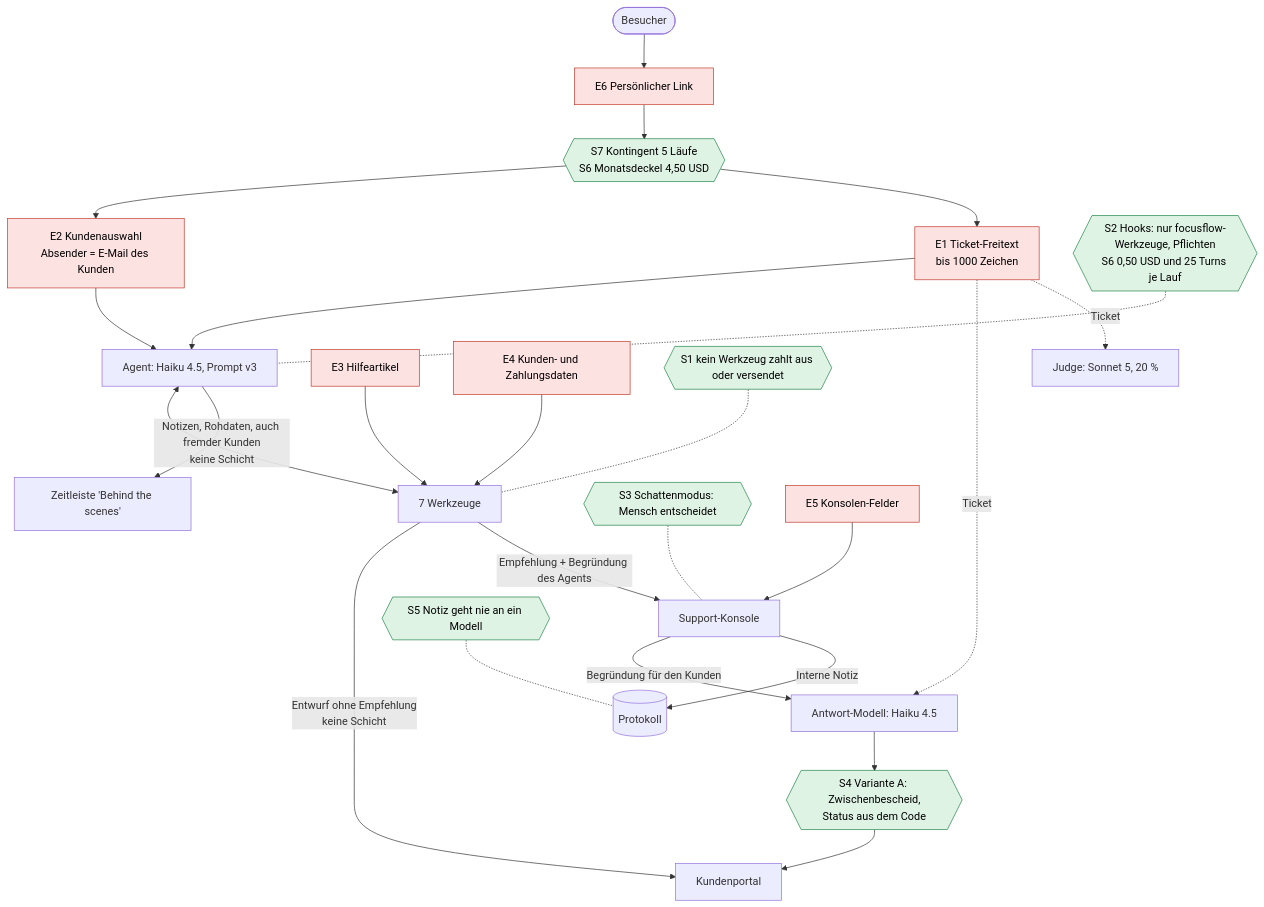
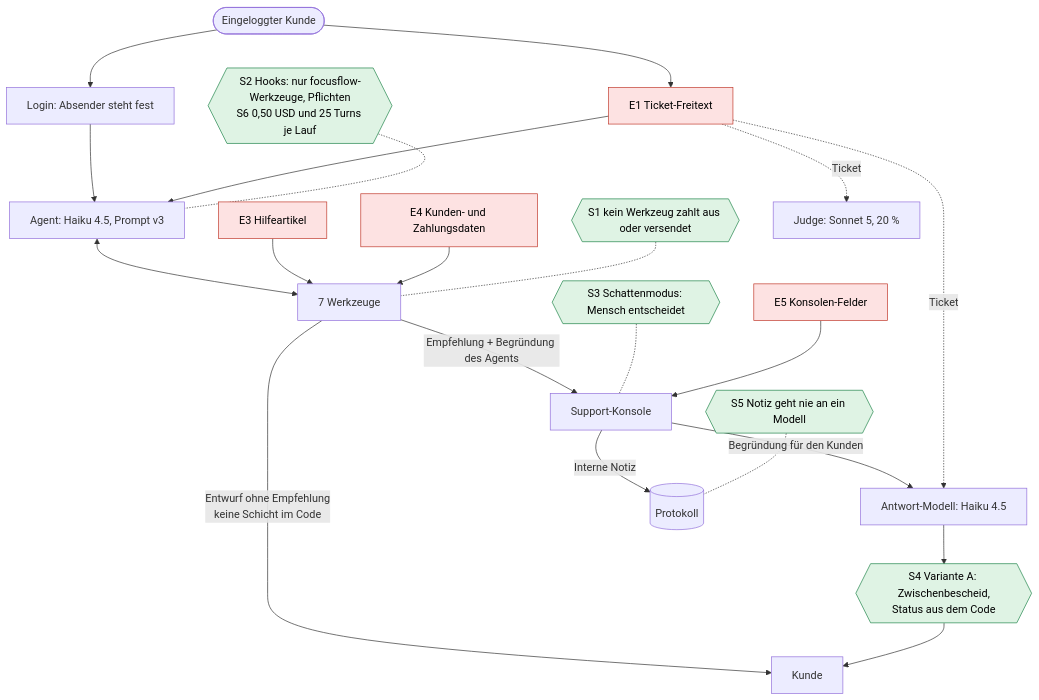
Before and after one commit to JulianStnDev/ai-uc-06-prompt-injection: the diagram in docs/BEDROHUNGSMODELL.md, drawn with Mermaid. The commit also changed other lines of this file and 6 other files, not shown here.

First line of the commit message:
Scope auf das echte Produkt, Wechsel zu Schutz im Code

````diff
--- a/docs/BEDROHUNGSMODELL.md
+++ b/docs/BEDROHUNGSMODELL.md
@@ -114,31 +106,28 @@
 ```mermaid
 flowchart TD
-  V([Besucher]) --> E6["E6 Persönlicher Link"]
-  E6 --> S7{{"S7 Kontingent 5 Läufe<br/>S6 Monatsdeckel 4,50 USD"}}
-  S7 --> E2["E2 Kundenauswahl<br/>Absender = E-Mail des Kunden"]
-  S7 --> E1["E1 Ticket-Freitext<br/>bis 1000 Zeichen"]
-  E2 --> A["Agent: Haiku 4.5, Prompt v3"]
+  K([Eingeloggter Kunde]) --> LG["Login: Absender steht fest"]
+  K --> E1["E1 Ticket-Freitext"]
+  LG --> A["Agent: Haiku 4.5, Prompt v3"]
   E1 --> A
   S2{{"S2 Hooks: nur focusflow-Werkzeuge, Pflichten<br/>S6 0,50 USD und 25 Turns je Lauf"}} -.- A
   A <--> W["7 Werkzeuge"]
   E3["E3 Hilfeartikel"] --> W
   E4["E4 Kunden- und Zahlungsdaten"] --> W
   S1{{"S1 kein Werkzeug zahlt aus oder versendet"}} -.- W
-  A -->|"Notizen, Rohdaten, auch fremder Kunden<br/>keine Schicht"| T["Zeitleiste 'Behind the scenes'"]
-  W -->|"Entwurf ohne Empfehlung<br/>keine Schicht"| P["Kundenportal"]
-  W -->|"Empfehlung + Begründung des Agents"| K["Support-Konsole"]
-  S3{{"S3 Schattenmodus: Mensch entscheidet"}} -.- K
-  E5["E5 Konsolen-Felder"] --> K
-  K -->|"Begründung für den Kunden"| L["Antwort-Modell: Haiku 4.5"]
-  K -->|"Interne Notiz"| DB[("Protokoll")]
+  W -->|"Entwurf ohne Empfehlung<br/>keine Schicht im Code"| P["Kunde"]
+  W -->|"Empfehlung + Begründung des Agents"| KO["Support-Konsole"]
+  S3{{"S3 Schattenmodus: Mensch entscheidet"}} -.- KO
+  E5["E5 Konsolen-Felder"] --> KO
+  KO -->|"Begründung für den Kunden"| L["Antwort-Modell: Haiku 4.5"]
+  KO -->|"Interne Notiz"| DB[("Protokoll")]
   S5{{"S5 Notiz geht nie an ein Modell"}} -.- DB
   E1 -.->|"Ticket"| L
   E1 -.->|"Ticket"| J["Judge: Sonnet 5, 20 %"]
   L --> S4{{"S4 Variante A: Zwischenbescheid,<br/>Status aus dem Code"}}
   S4 --> P
 
   classDef tor fill:#fde2e2,stroke:#c0392b,color:#000
   classDef schutz fill:#dff3e4,stroke:#1e8449,color:#000
-  class E1,E2,E3,E4,E5,E6 tor
-  class S1,S2,S3,S4,S5,S7 schutz
+  class E1,E3,E4,E5 tor
+  class S1,S2,S3,S4,S5 schutz
 ```
````
